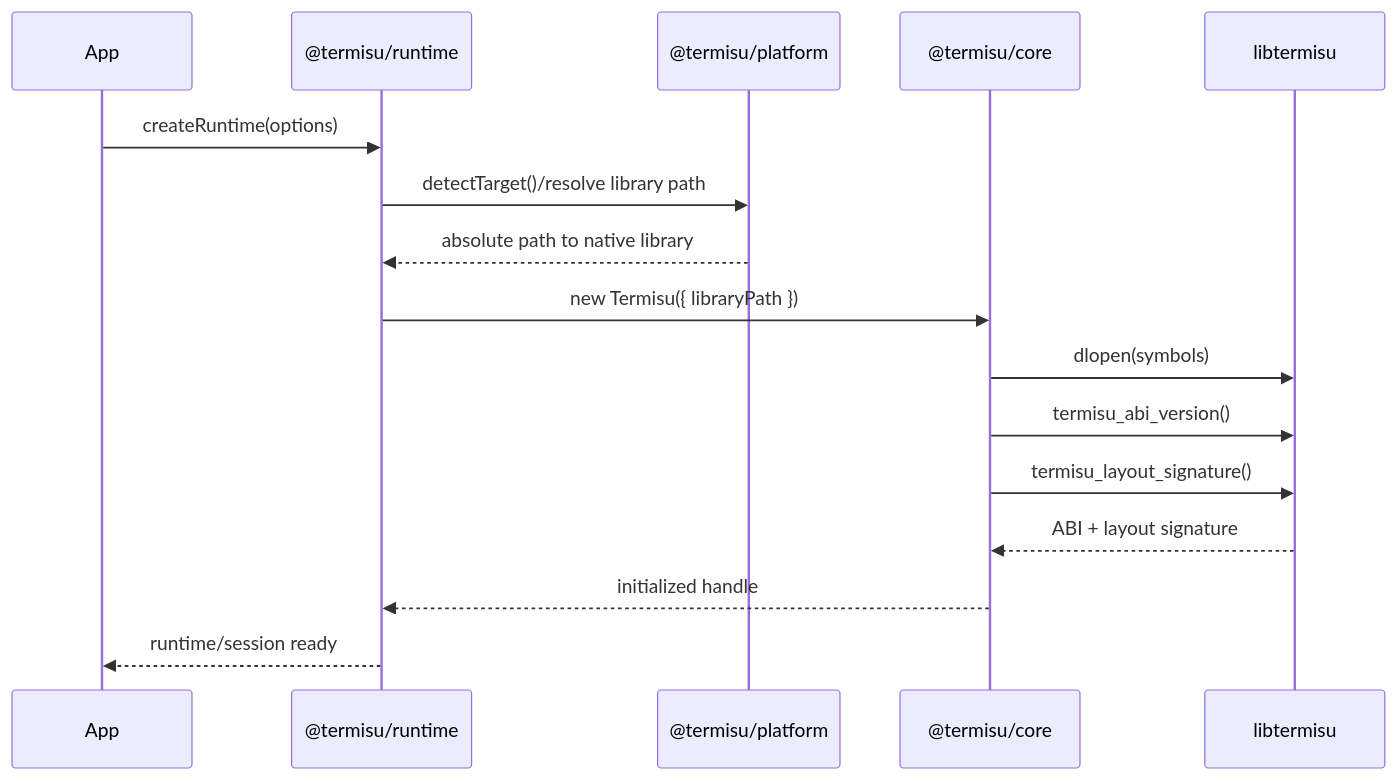
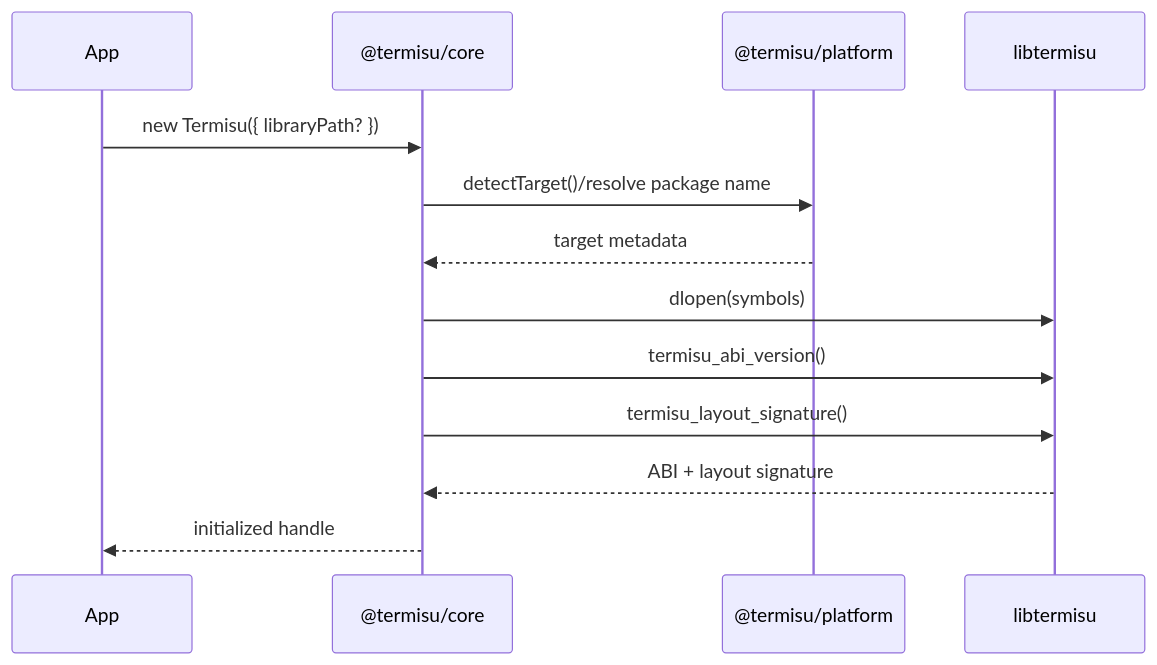
Before and after one commit to omarluq/termisu: the second of 3 diagrams in architecture/js-runtime-ffi-architecture.md, drawn with Mermaid. The commit also changed other lines of this file and 9 other files, not shown here.

Commit message:
feat(js): streamline core/native packaging and add platform-based resolution

````diff
--- a/architecture/js-runtime-ffi-architecture.md
+++ b/architecture/js-runtime-ffi-architecture.md
@@ -86,19 +79,16 @@
 ```mermaid
 sequenceDiagram
   participant App
-  participant Runtime as @termisu/runtime
+  participant Core as @termisu/core
   participant Platform as @termisu/platform
-  participant Core as @termisu/core
   participant Native as libtermisu
 
-  App->>Runtime: createRuntime(options)
-  Runtime->>Platform: detectTarget()/resolve library path
-  Platform-->>Runtime: absolute path to native library
-  Runtime->>Core: new Termisu({ libraryPath })
+  App->>Core: new Termisu({ libraryPath? })
+  Core->>Platform: detectTarget()/resolve package name
+  Platform-->>Core: target metadata
   Core->>Native: dlopen(symbols)
   Core->>Native: termisu_abi_version()
   Core->>Native: termisu_layout_signature()
   Native-->>Core: ABI + layout signature
-  Core-->>Runtime: initialized handle
-  Runtime-->>App: runtime/session ready
+  Core-->>App: initialized handle
 ```
````
